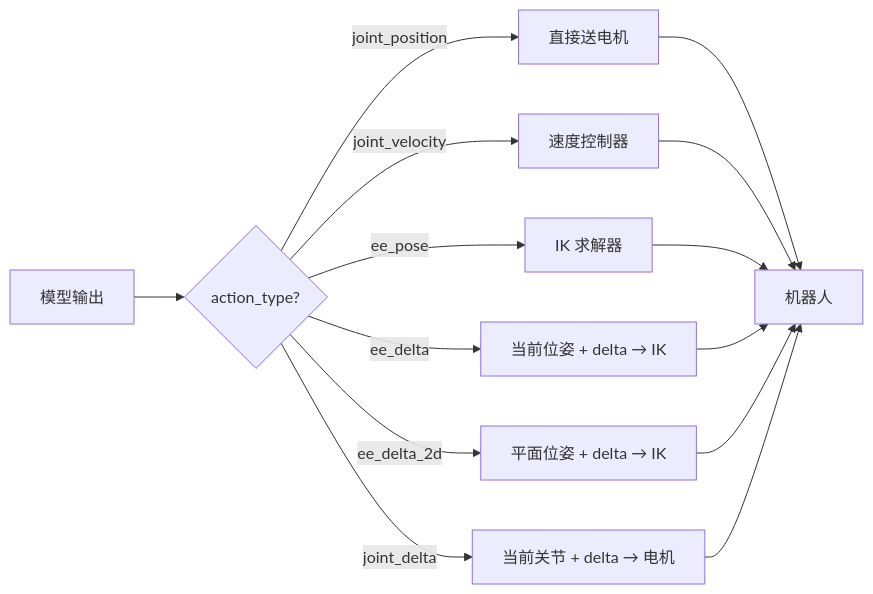
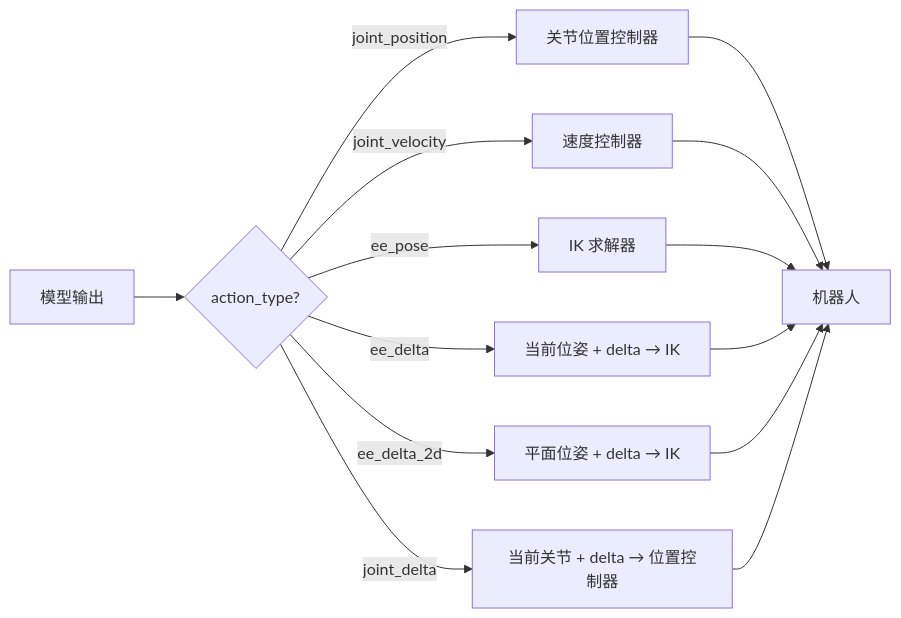
Before and after one commit to Dld0621/Embodied-AI-Zero-to-Hero: the first of 3 diagrams in docs/24-action-representation-and-tokenization.md, drawn with Mermaid. The commit also changed other lines of this file and 377 other files, not shown here.

````diff
--- a/docs/24-action-representation-and-tokenization.md
+++ b/docs/24-action-representation-and-tokenization.md
@@ -84,16 +84,16 @@
 ```mermaid
 graph LR
     A[模型输出] --> B{action_type?}
-    B -->|joint_position| C[直接送电机]
+    B -->|joint_position| C[关节位置控制器]
     B -->|joint_velocity| D[速度控制器]
     B -->|ee_pose| E[IK 求解器]
     B -->|ee_delta| F[当前位姿 + delta → IK]
     B -->|ee_delta_2d| F2[平面位姿 + delta → IK]
-    B -->|joint_delta| G[当前关节 + delta → 电机]
+    B -->|joint_delta| G[当前关节 + delta → 位置控制器]
     C --> H[机器人]
     D --> H
     E --> H
     F --> H
     F2 --> H
     G --> H
 ```
````
